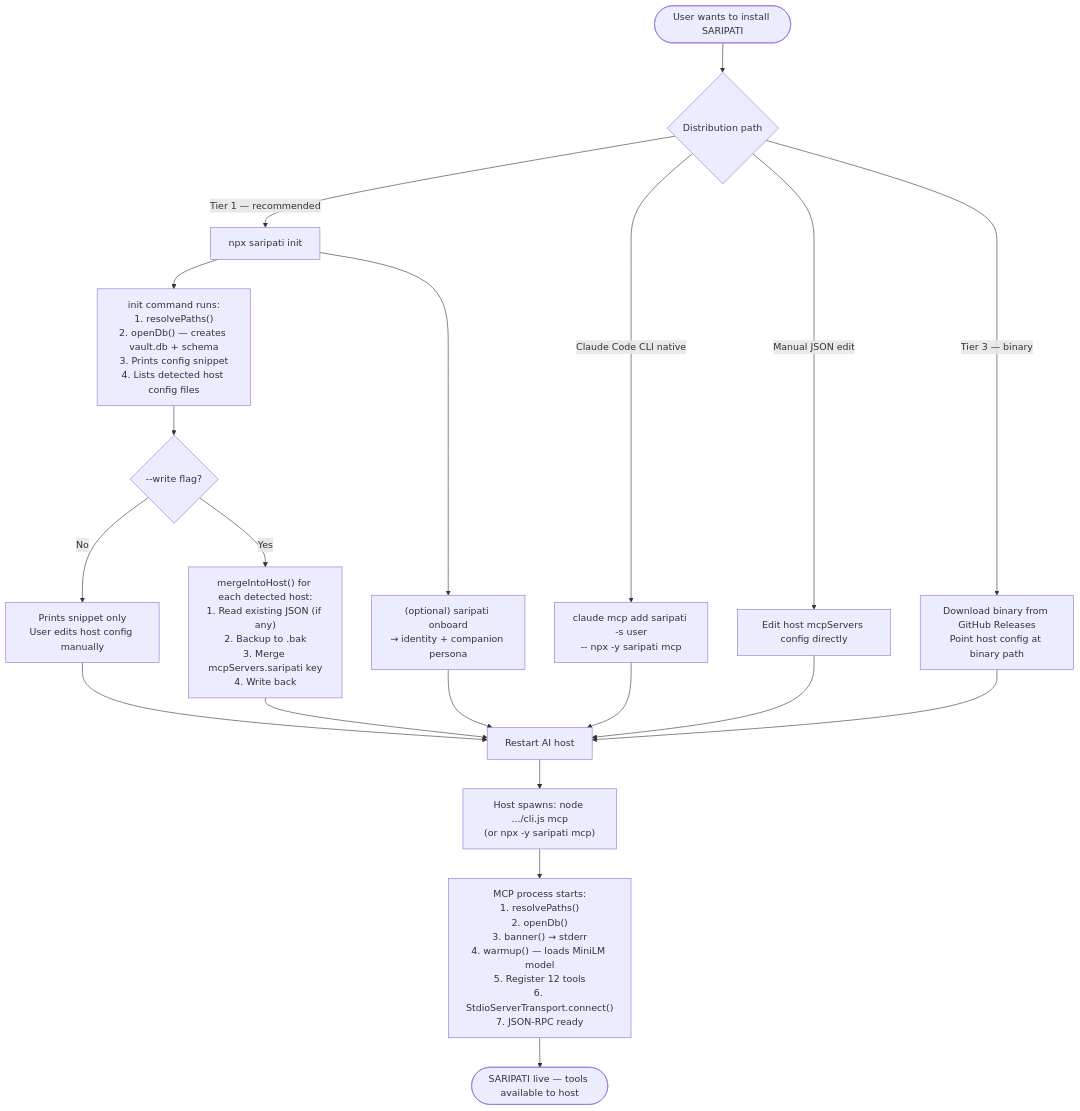
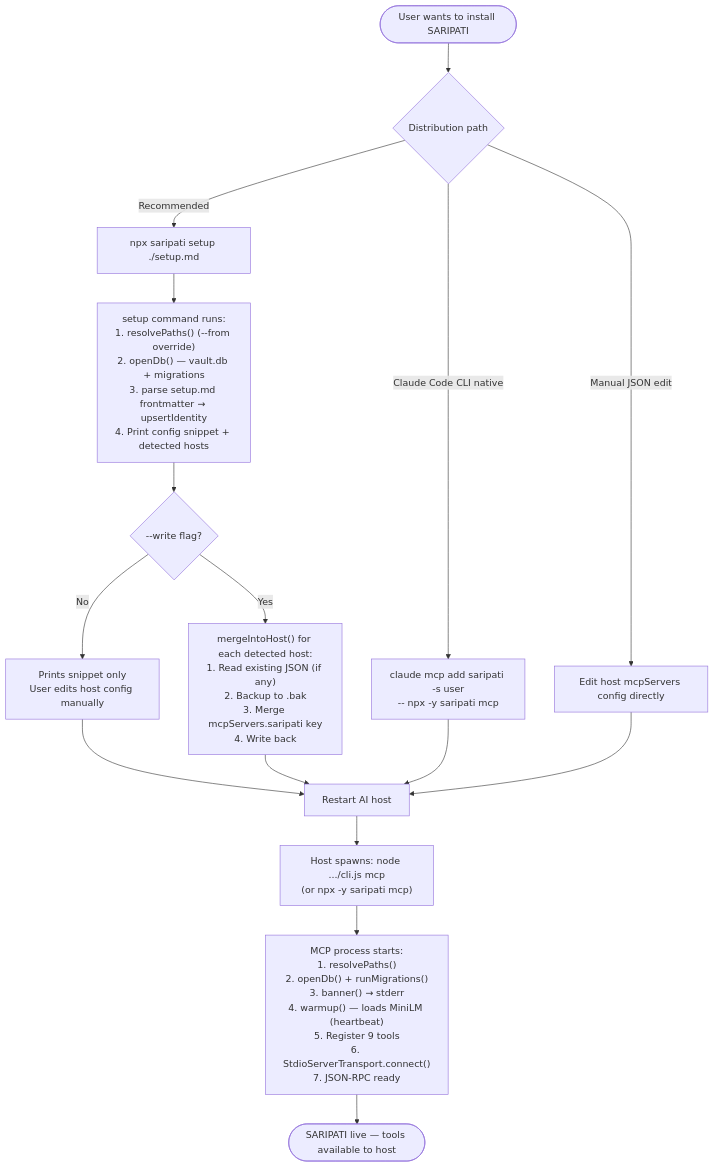
One commit to kyouscireul/saripati changed the first of 9 diagrams in docs/lifecycle.md. Above: the diagram before and after it, drawn with Mermaid. The commit also changed other lines of this file and 42 other files, not shown here.

````diff
--- a/docs/lifecycle.md
+++ b/docs/lifecycle.md
@@ -5,25 +5,21 @@
 ```mermaid
 flowchart TD
     A([User wants to install SARIPATI]) --> B{Distribution path}
 
-    B -->|Tier 1 — recommended| C["npx saripati init"]
+    B -->|Recommended| C["npx saripati setup ./setup.md"]
     B -->|Claude Code CLI native| D["claude mcp add saripati -s user\n-- npx -y saripati mcp"]
     B -->|Manual JSON edit| E["Edit host mcpServers config directly"]
-    B -->|Tier 3 — binary| F["Download binary from GitHub Releases\nPoint host config at binary path"]
 
-    C --> G["init command runs:\n1. resolvePaths()\n2. openDb() — creates vault.db + schema\n3. Prints config snippet\n4. Lists detected host config files"]
+    C --> G["setup command runs:\n1. resolvePaths() (--from override)\n2. openDb() — vault.db + migrations\n3. parse setup.md frontmatter → upsertIdentity\n4. Print config snippet + detected hosts"]
     G --> H{--write flag?}
     H -->|No| I["Prints snippet only\nUser edits host config manually"]
     H -->|Yes| J["mergeIntoHost() for each detected host:\n1. Read existing JSON (if any)\n2. Backup to .bak\n3. Merge mcpServers.saripati key\n4. Write back"]
     I --> K[Restart AI host]
     J --> K
     D --> K
     E --> K
-    F --> K
 
-    C --> C2["(optional) saripati onboard\n→ identity + companion persona"]
-    C2 --> K
     K --> L["Host spawns: node .../cli.js mcp\n(or npx -y saripati mcp)"]
-    L --> M["MCP process starts:\n1. resolvePaths()\n2. openDb()\n3. banner() → stderr\n4. warmup() — loads MiniLM model\n5. Register 12 tools\n6. StdioServerTransport.connect()\n7. JSON-RPC ready"]
+    L --> M["MCP process starts:\n1. resolvePaths()\n2. openDb() + runMigrations()\n3. banner() → stderr\n4. warmup() — loads MiniLM (heartbeat)\n5. Register 9 tools\n6. StdioServerTransport.connect()\n7. JSON-RPC ready"]
     M --> N([SARIPATI live — tools available to host])
 ```
````
